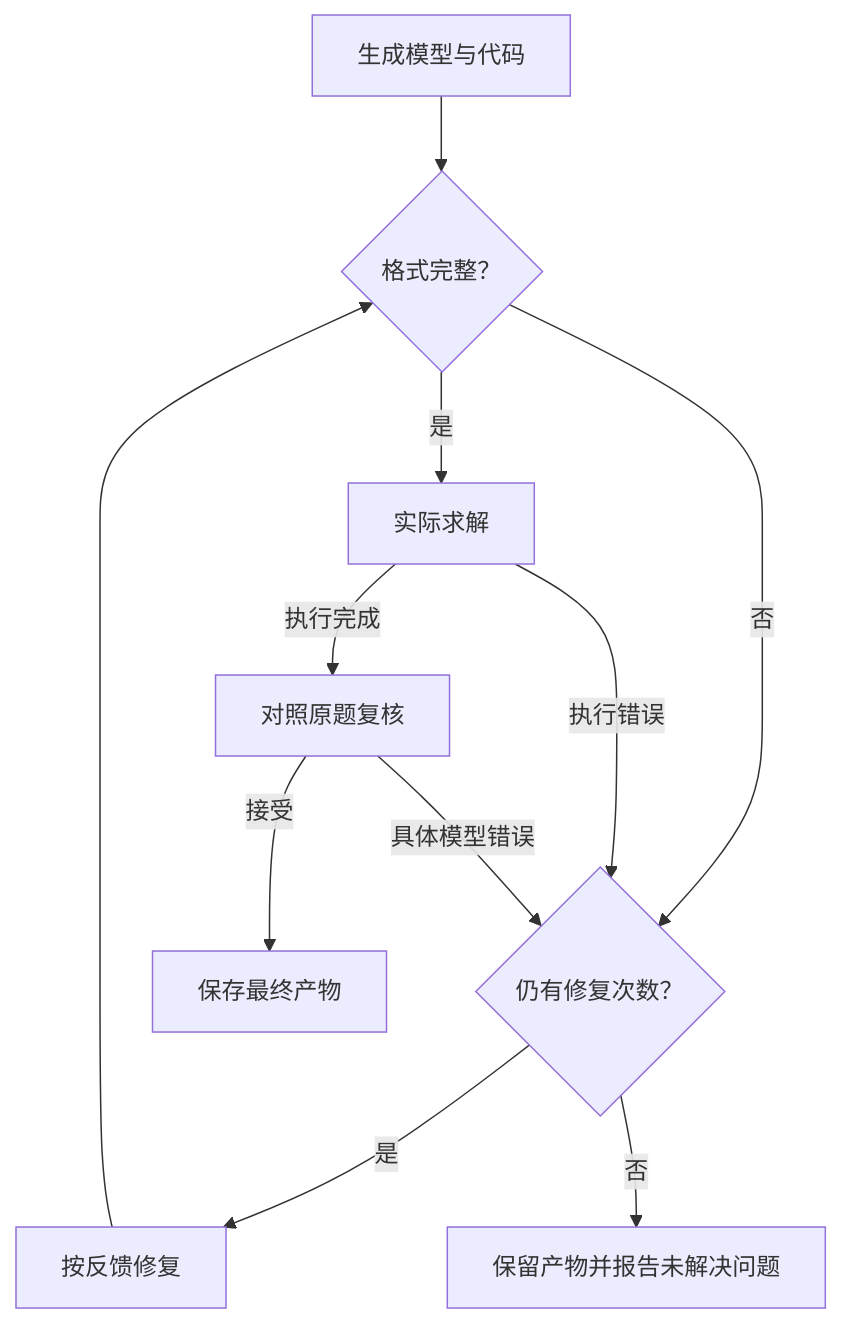
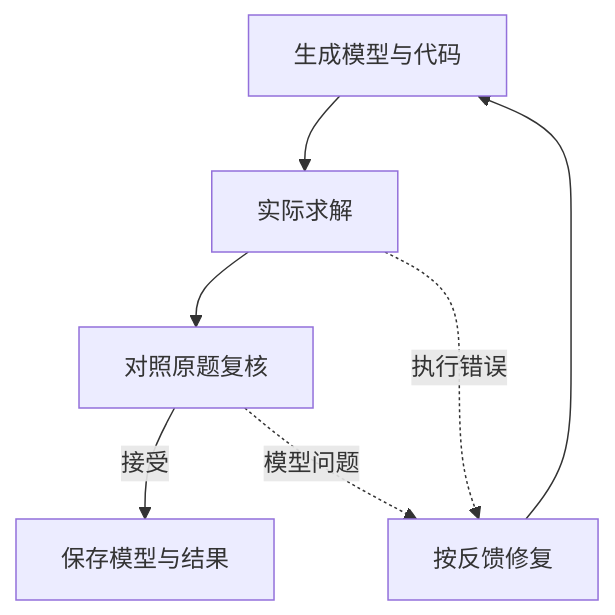
The diagram in website/content/zh/feedback-repair.md (Fangziyang0910/LLM4OM), drawn with Mermaid before and after one commit. The commit also changed other lines of this file and 231 other files, not shown here.

````diff
--- a/website/content/zh/feedback-repair.md
+++ b/website/content/zh/feedback-repair.md
@@ -11,13 +11,13 @@
 ```mermaid
 flowchart TB
-  Generate["生成模型与代码"] --> Format{"格式完整？"}
-  Format -->|是| Solve["实际求解"]
-  Format -->|否| Budget{"仍有修复次数？"}
-  Solve -->|执行完成| Review["对照原题复核"]
-  Solve -->|执行错误| Budget
-  Review -->|接受| Finish["保存最终产物"]
-  Review -->|具体模型错误| Budget
-  Budget -->|是| Repair["按反馈修复"]
-  Repair --> Format
-  Budget -->|否| Failed["保留产物并报告未解决问题"]
+  Generate["生成模型与代码"]
+  Solve["实际求解"]
+  Review["对照原题复核"]
+  Repair["按反馈修复"]
+  Finish["保存模型与结果"]
+  Generate --> Solve --> Review
+  Review -->|接受| Finish
+  Review -.->|模型问题| Repair
+  Solve -.->|执行错误| Repair
+  Repair --> Generate
 ```
````
